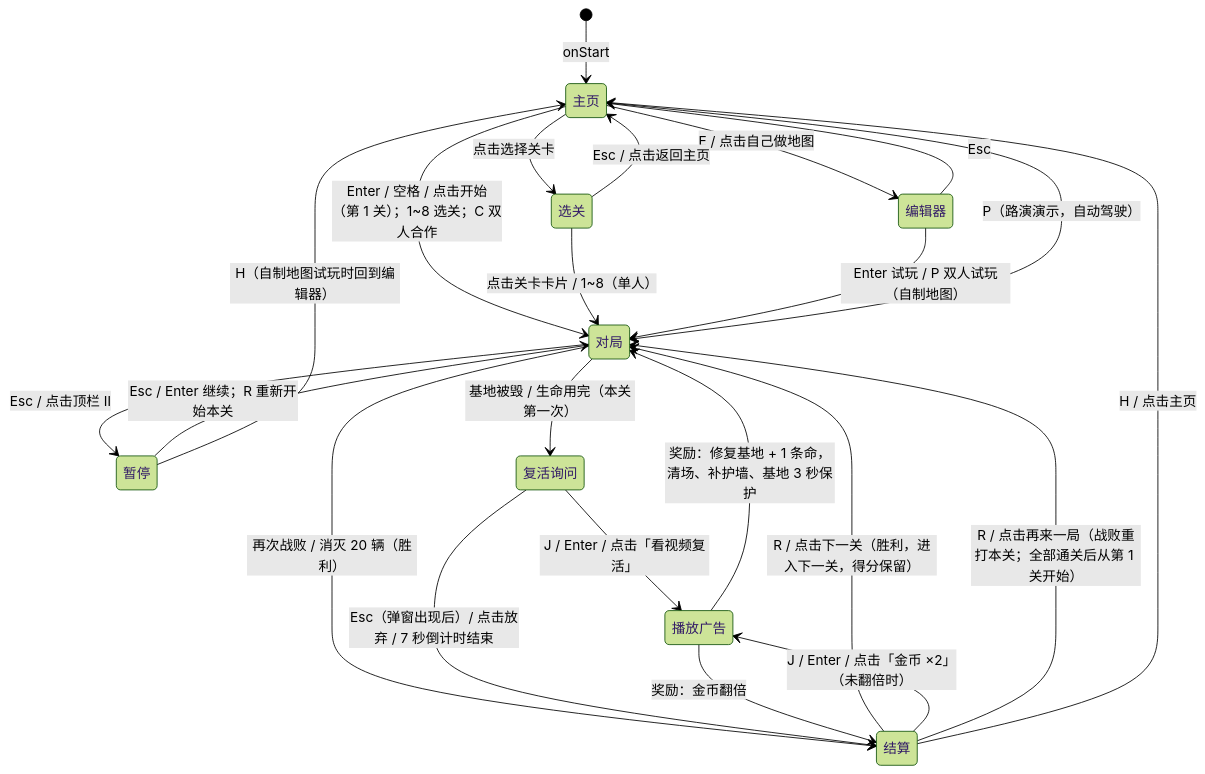
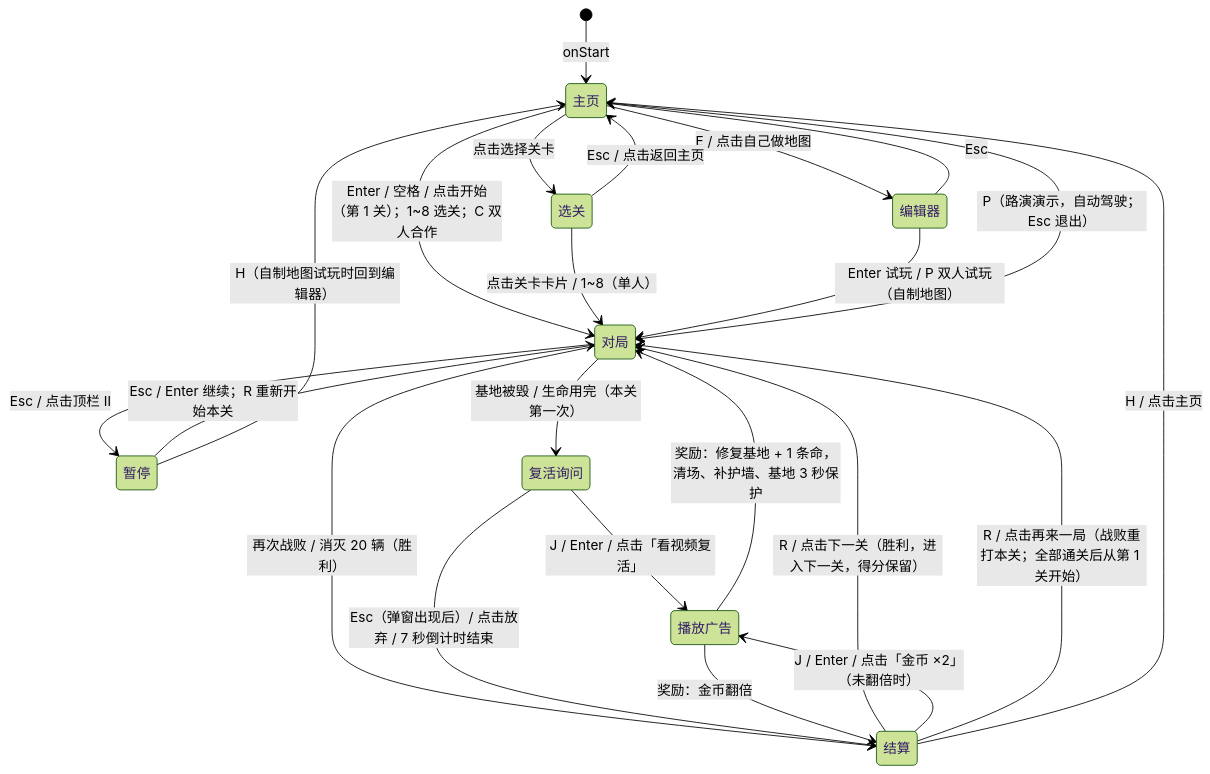
The second of 2 diagrams in docs/ARCHITECTURE.md (Qiniu-ERE/zero), drawn with Mermaid (forest theme) before and after one commit. The commit also changed other lines of this file and 6 other files, not shown here.

````diff
--- a/docs/ARCHITECTURE.md
+++ b/docs/ARCHITECTURE.md
@@ -157,25 +157,25 @@
 ```mermaid
 stateDiagram-v2
   [*] --> 主页: onStart
   主页 --> 对局: Enter / 空格 / 点击开始（第 1 关）；1~8 选关；C 双人合作
   主页 --> 编辑器: E / 点击自己做地图
   主页 --> 选关: 点击选择关卡
   选关 --> 对局: 点击关卡卡片 / 1~8（单人）
   选关 --> 主页: Esc / 点击返回主页
   对局 --> 暂停: Esc / 点击顶栏 Ⅱ
   暂停 --> 对局: Esc / Enter 继续；R 重新开始本关
   暂停 --> 主页: H（自制地图试玩时回到编辑器）
   编辑器 --> 对局: Enter 试玩 / P 双人试玩（自制地图）
   编辑器 --> 主页: Esc
-  主页 --> 对局: P（路演演示，自动驾驶）
+  主页 --> 对局: P（路演演示，自动驾驶；Esc 退出）
   对局 --> 复活询问: 基地被毁 / 生命用完（本关第一次）
   对局 --> 结算: 再次战败 / 消灭 20 辆（胜利）
   结算 --> 对局: R / 点击下一关（胜利，进入下一关，得分保留）
   复活询问 --> 播放广告: J / Enter / 点击「看视频复活」
   复活询问 --> 结算: Esc（弹窗出现后）/ 点击放弃 / 7 秒倒计时结束
   播放广告 --> 对局: 奖励：修复基地 + 1 条命，清场、补护墙、基地 3 秒保护
   结算 --> 播放广告: J / Enter / 点击「金币 ×2」（未翻倍时）
   播放广告 --> 结算: 奖励：金币翻倍
   结算 --> 对局: R / 点击再来一局（战败重打本关；全部通关后从第 1 关开始）
   结算 --> 主页: H / 点击主页
 ```
````
